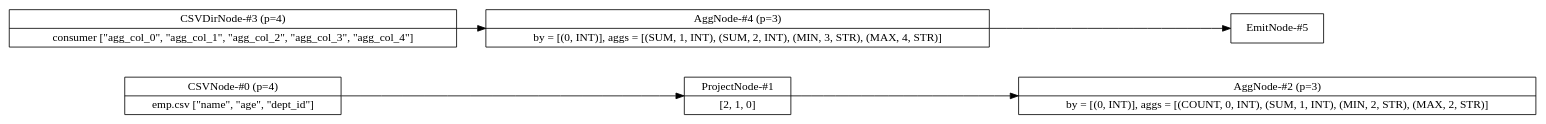
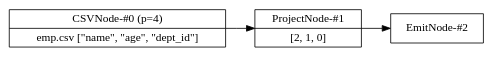
Before and after one commit to adarshpannu/kona: the diagram in flow.dot, drawn with Graphviz. The commit also changed 6 other files, not shown here.

```diff
--- a/flow.dot
+++ b/flow.dot
@@ -1,16 +1,11 @@
 digraph example1 {
     node [shape=record];
     rankdir=LR;
     splines=polyline;
     nodesep=0.5;
     Node0[label="CSVNode-#0 (p=4)|emp.csv [\"name\", \"age\", \"dept_id\"]"];
     Node1[label="ProjectNode-#1|[2, 1, 0]"];
     Node0 -> Node1;
-    Node2[label="AggNode-#2 (p=3)|by = [(0, INT)], aggs = [(COUNT, 0, INT), (SUM, 1, INT), (MIN, 2, STR), (MAX, 2, STR)]"];
+    Node2[label="EmitNode-#2"];
     Node1 -> Node2;
-    Node3[label="CSVDirNode-#3 (p=4)|consumer [\"agg_col_0\", \"agg_col_1\", \"agg_col_2\", \"agg_col_3\", \"agg_col_4\"]"];
-    Node4[label="AggNode-#4 (p=3)|by = [(0, INT)], aggs = [(SUM, 1, INT), (SUM, 2, INT), (MIN, 3, STR), (MAX, 4, STR)]"];
-    Node3 -> Node4;
-    Node5[label="EmitNode-#5"];
-    Node4 -> Node5;
 }
```
